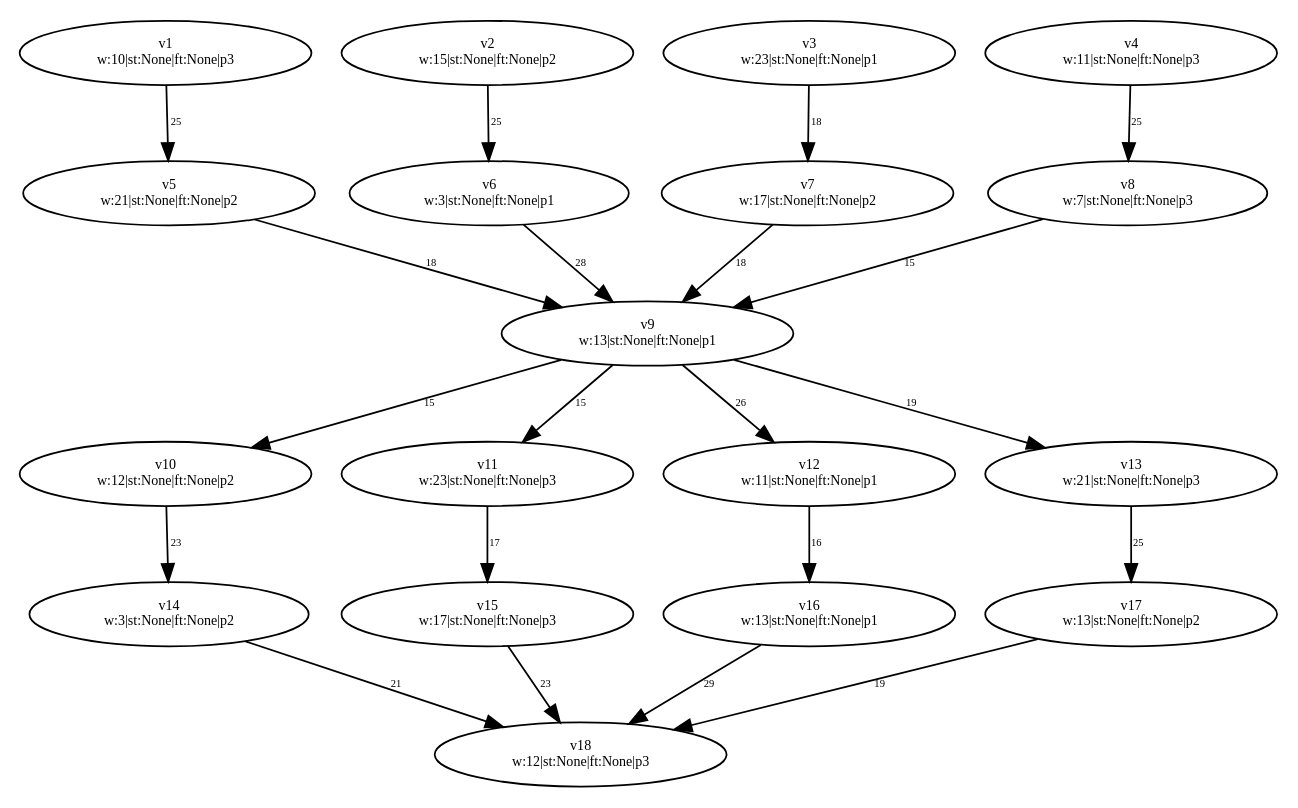
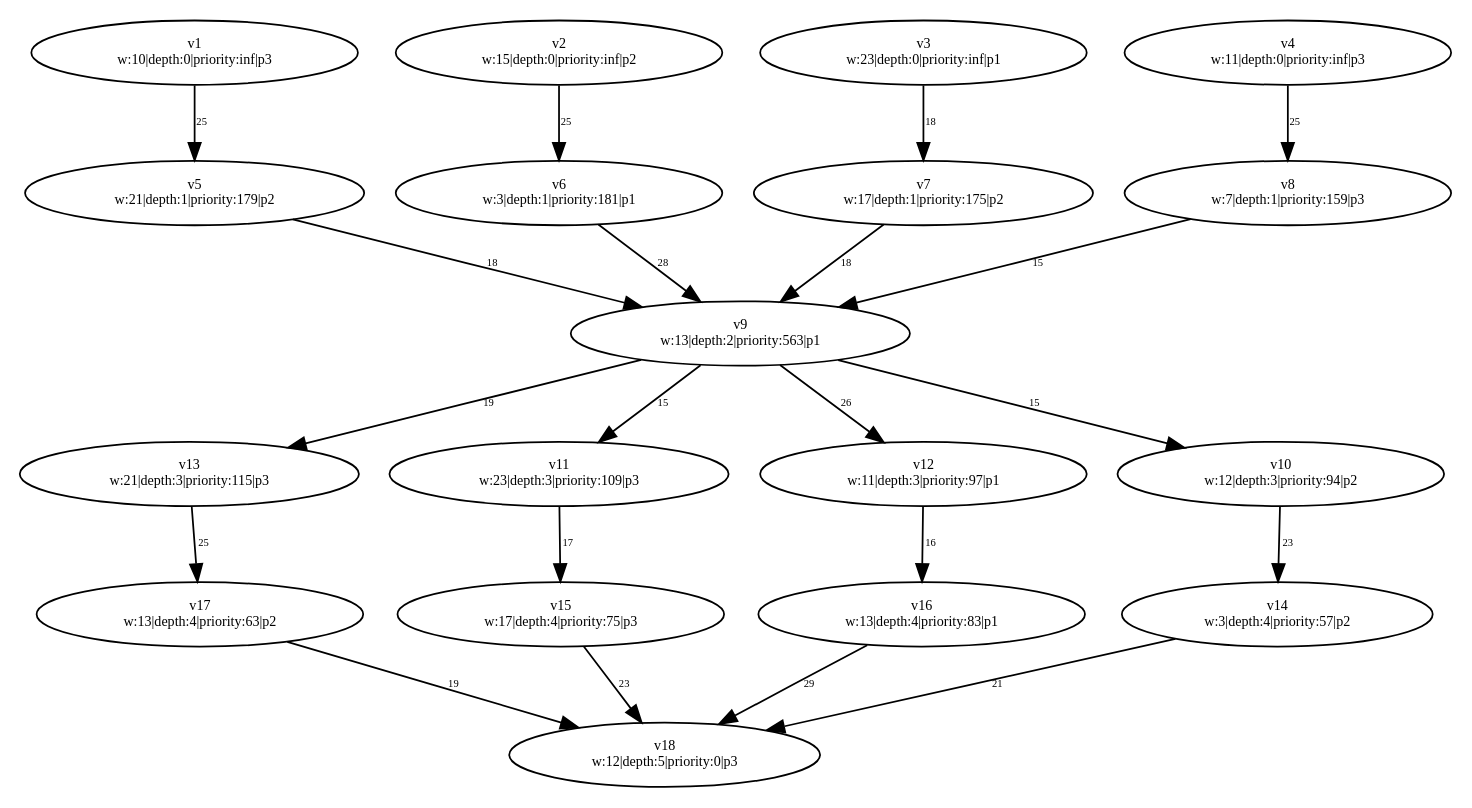
One commit to dexters1/Task-Scheduling-Based-on-Genetic-Algorithms changed the diagram in PythonApplication1/PythonApplication1/test-output/slika_8.gv. Above: the diagram before and after it, drawn with Graphviz. The commit also changed 42 other files, not shown here.

Commit message:
Ostaje unitTestiranje za citav Graph i Processor module

```diff
--- a/PythonApplication1/PythonApplication1/test-output/slika_8.gv
+++ b/PythonApplication1/PythonApplication1/test-output/slika_8.gv
@@ -1,58 +1,58 @@
 digraph {
 	v1 [label="v1
-w:10|st:None|ft:None|p3" fontsize=8.0]
+w:10|depth:0|priority:inf|p3" fontsize=8.0]
 	v2 [label="v2
-w:15|st:None|ft:None|p2" fontsize=8.0]
+w:15|depth:0|priority:inf|p2" fontsize=8.0]
 	v3 [label="v3
-w:23|st:None|ft:None|p1" fontsize=8.0]
+w:23|depth:0|priority:inf|p1" fontsize=8.0]
 	v4 [label="v4
-w:11|st:None|ft:None|p3" fontsize=8.0]
+w:11|depth:0|priority:inf|p3" fontsize=8.0]
+	v6 [label="v6
+w:3|depth:1|priority:181|p1" fontsize=8.0]
 	v5 [label="v5
-w:21|st:None|ft:None|p2" fontsize=8.0]
-	v6 [label="v6
-w:3|st:None|ft:None|p1" fontsize=8.0]
+w:21|depth:1|priority:179|p2" fontsize=8.0]
 	v7 [label="v7
-w:17|st:None|ft:None|p2" fontsize=8.0]
+w:17|depth:1|priority:175|p2" fontsize=8.0]
 	v8 [label="v8
-w:7|st:None|ft:None|p3" fontsize=8.0]
+w:7|depth:1|priority:159|p3" fontsize=8.0]
 	v9 [label="v9
-w:13|st:None|ft:None|p1" fontsize=8.0]
+w:13|depth:2|priority:563|p1" fontsize=8.0]
+	v13 [label="v13
+w:21|depth:3|priority:115|p3" fontsize=8.0]
+	v11 [label="v11
+w:23|depth:3|priority:109|p3" fontsize=8.0]
+	v12 [label="v12
+w:11|depth:3|priority:97|p1" fontsize=8.0]
 	v10 [label="v10
-w:12|st:None|ft:None|p2" fontsize=8.0]
-	v11 [label="v11
-w:23|st:None|ft:None|p3" fontsize=8.0]
-	v12 [label="v12
-w:11|st:None|ft:None|p1" fontsize=8.0]
-	v13 [label="v13
-w:21|st:None|ft:None|p3" fontsize=8.0]
+w:12|depth:3|priority:94|p2" fontsize=8.0]
+	v16 [label="v16
+w:13|depth:4|priority:83|p1" fontsize=8.0]
+	v15 [label="v15
+w:17|depth:4|priority:75|p3" fontsize=8.0]
+	v17 [label="v17
+w:13|depth:4|priority:63|p2" fontsize=8.0]
 	v14 [label="v14
-w:3|st:None|ft:None|p2" fontsize=8.0]
-	v15 [label="v15
-w:17|st:None|ft:None|p3" fontsize=8.0]
-	v16 [label="v16
-w:13|st:None|ft:None|p1" fontsize=8.0]
-	v17 [label="v17
-w:13|st:None|ft:None|p2" fontsize=8.0]
+w:3|depth:4|priority:57|p2" fontsize=8.0]
 	v18 [label="v18
-w:12|st:None|ft:None|p3" fontsize=8.0]
+w:12|depth:5|priority:0|p3" fontsize=8.0]
 	v1 -> v5 [label=25 constraint=true fontsize=6.0]
 	v2 -> v6 [label=25 constraint=true fontsize=6.0]
 	v3 -> v7 [label=18 constraint=true fontsize=6.0]
 	v4 -> v8 [label=25 constraint=true fontsize=6.0]
 	v5 -> v9 [label=18 constraint=true fontsize=6.0]
 	v6 -> v9 [label=28 constraint=true fontsize=6.0]
 	v7 -> v9 [label=18 constraint=true fontsize=6.0]
 	v8 -> v9 [label=15 constraint=true fontsize=6.0]
 	v9 -> v10 [label=15 constraint=true fontsize=6.0]
 	v9 -> v11 [label=15 constraint=true fontsize=6.0]
 	v9 -> v12 [label=26 constraint=true fontsize=6.0]
 	v9 -> v13 [label=19 constraint=true fontsize=6.0]
 	v10 -> v14 [label=23 constraint=true fontsize=6.0]
 	v11 -> v15 [label=17 constraint=true fontsize=6.0]
 	v12 -> v16 [label=16 constraint=true fontsize=6.0]
 	v13 -> v17 [label=25 constraint=true fontsize=6.0]
 	v14 -> v18 [label=21 constraint=true fontsize=6.0]
 	v15 -> v18 [label=23 constraint=true fontsize=6.0]
 	v16 -> v18 [label=29 constraint=true fontsize=6.0]
 	v17 -> v18 [label=19 constraint=true fontsize=6.0]
 }
```
